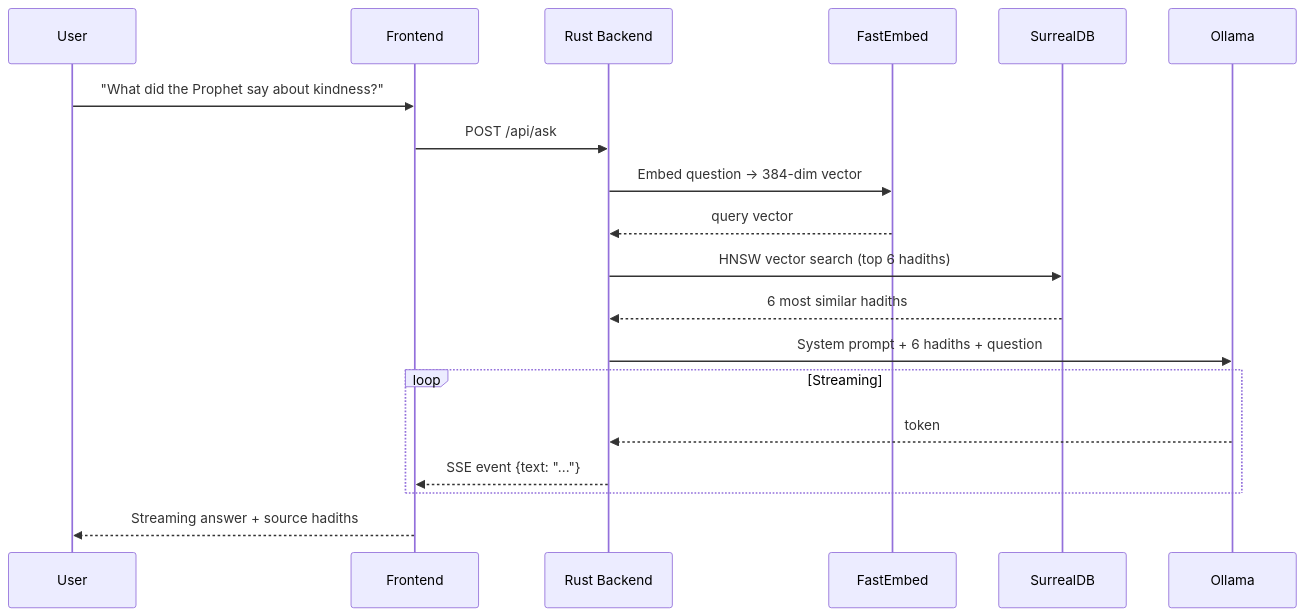
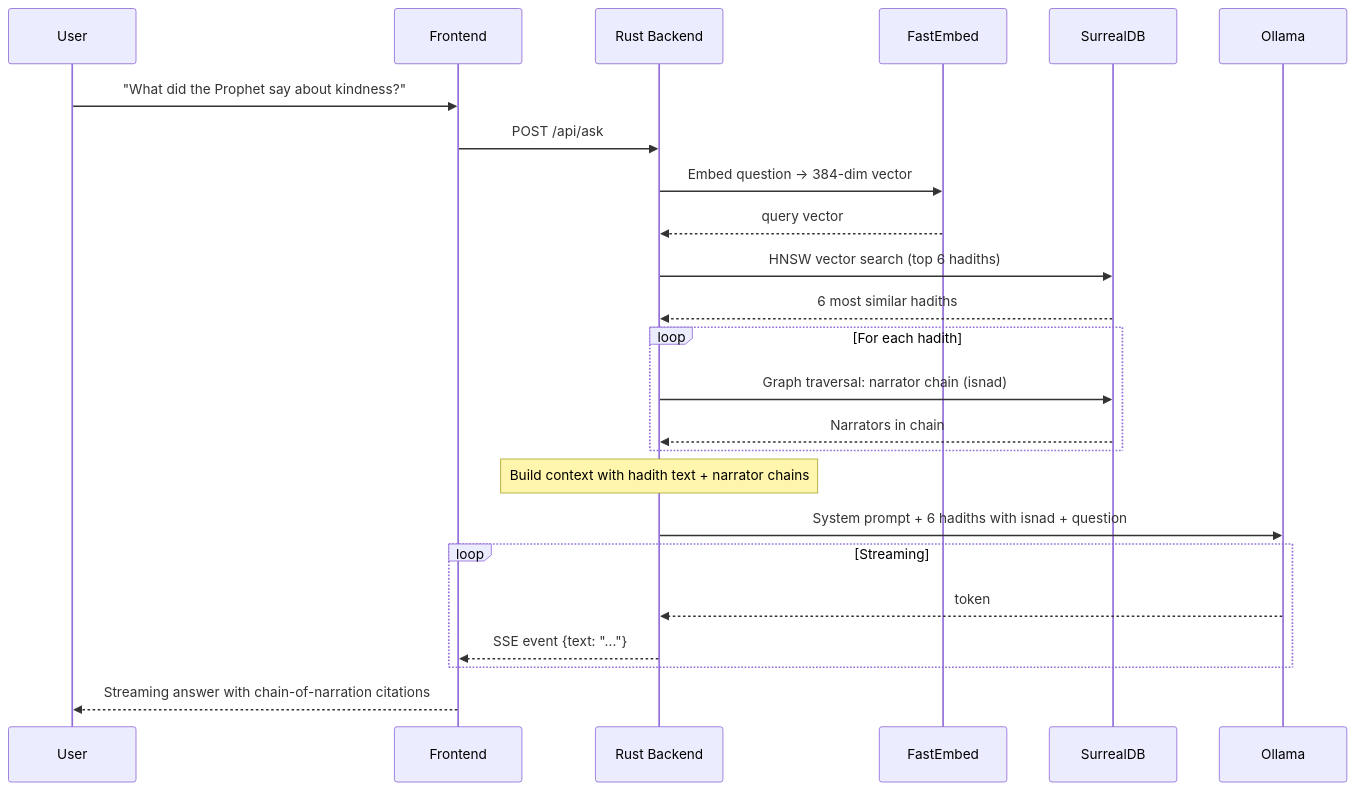
Before and after one commit to arriqaaq/isnad: the third of 4 diagrams in README.md, drawn with Mermaid. The commit also changed other lines of this file and 9 other files, not shown here.

````diff
--- a/README.md
+++ b/README.md
@@ -69,22 +77,27 @@
 ```mermaid
 sequenceDiagram
     participant U as User
     participant FE as Frontend
     participant API as Rust Backend
     participant FEm as FastEmbed
     participant DB as SurrealDB
     participant LLM as Ollama
 
     U->>FE: "What did the Prophet say about kindness?"
     FE->>API: POST /api/ask
     API->>FEm: Embed question → 384-dim vector
     FEm-->>API: query vector
     API->>DB: HNSW vector search (top 6 hadiths)
     DB-->>API: 6 most similar hadiths
-    API->>LLM: System prompt + 6 hadiths + question
+    loop For each hadith
+        API->>DB: Graph traversal: narrator chain (isnad)
+        DB-->>API: Narrators in chain
+    end
+    Note over API: Build context with hadith text + narrator chains
+    API->>LLM: System prompt + 6 hadiths with isnad + question
     loop Streaming
         LLM-->>API: token
         API-->>FE: SSE event {text: "..."}
     end
-    FE-->>U: Streaming answer + source hadiths
+    FE-->>U: Streaming answer with chain-of-narration citations
 ```
````
